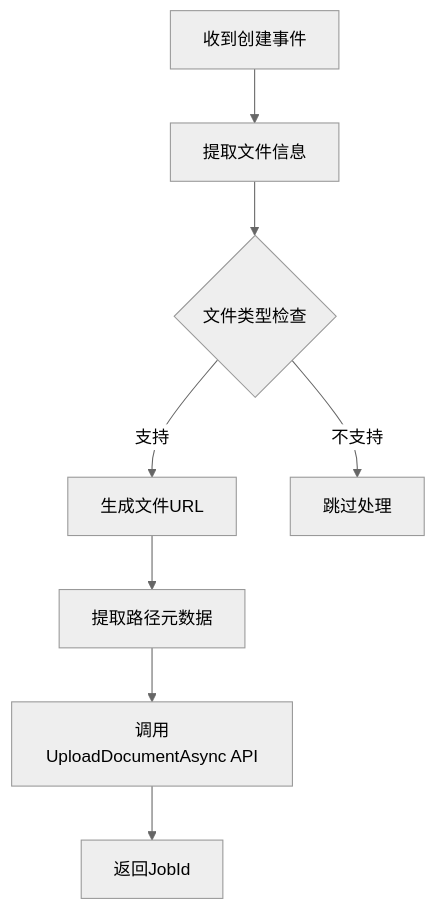
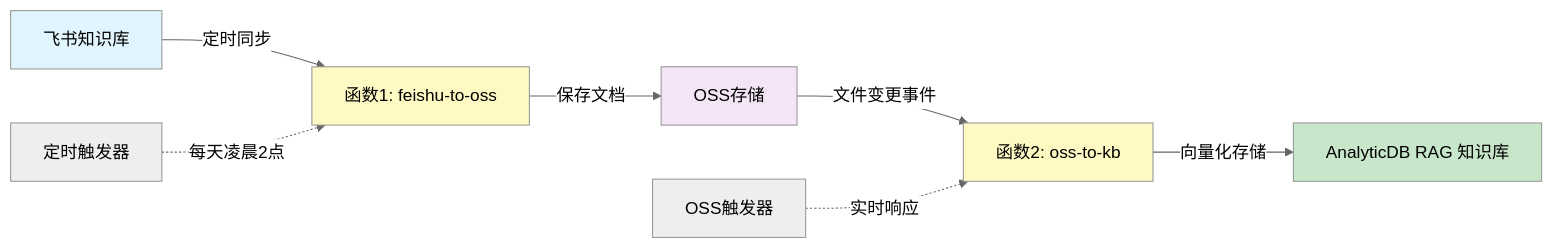
Before and after one commit to agentrun-ai/FeishuKS: the diagram in README.md, drawn with Mermaid (neutral theme). The commit also changed other lines of this file, not shown here.

````diff
--- a/README.md
+++ b/README.md
@@ -428,10 +7,16 @@
 ```mermaid
-flowchart TD
-    A[收到创建事件] --> B[提取文件信息]
-    B --> C{文件类型检查}
-    C -->|支持| D[生成文件URL]
-    C -->|不支持| E[跳过处理]
-    D --> F[提取路径元数据]
-    F --> G[调用UploadDocumentAsync API]
-    G --> H[返回JobId]
+flowchart LR
+    A[飞书知识库] -->|定时同步| B[函数1: feishu-to-oss]
+    B -->|保存文档| C[OSS存储]
+    C -->|文件变更事件| D[函数2: oss-to-kb]
+    D -->|向量化存储| E[AnalyticDB RAG 知识库]
+    
+    F[定时触发器] -.->|每天凌晨2点| B
+    G[OSS触发器] -.->|实时响应| D
+    
+    style A fill:#e1f5fe
+    style B fill:#fff9c4
+    style C fill:#f3e5f5
+    style D fill:#fff9c4
+    style E fill:#c8e6c9
 ```
````
